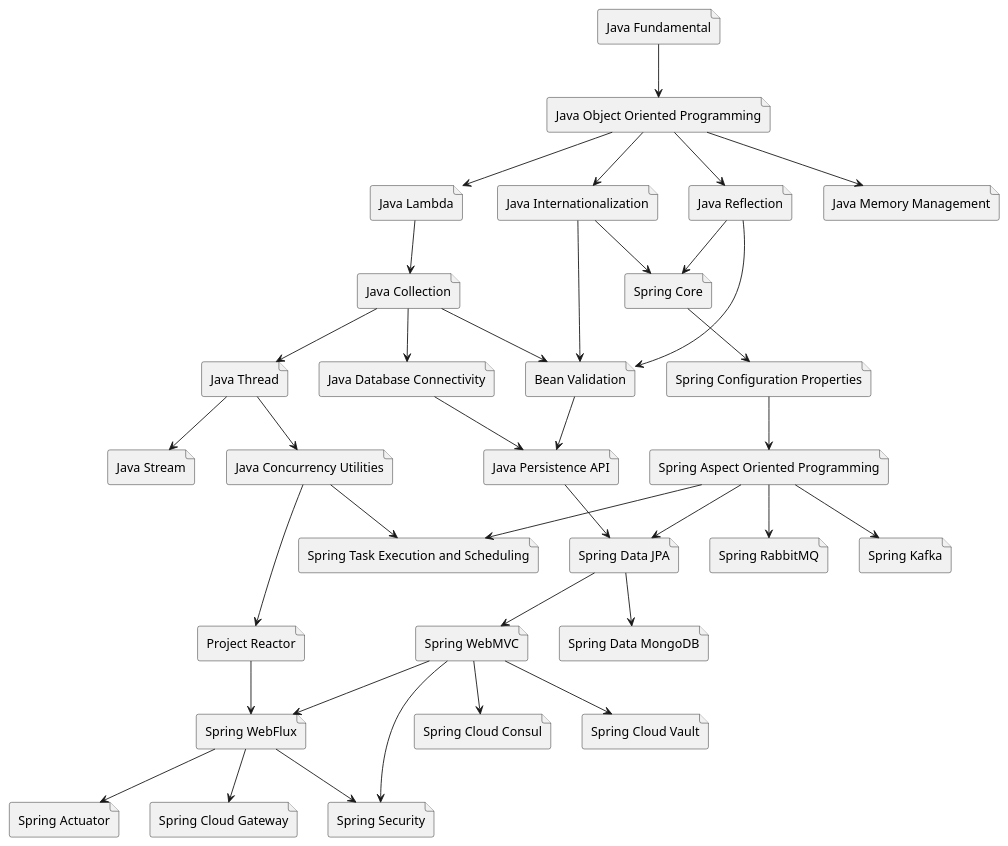
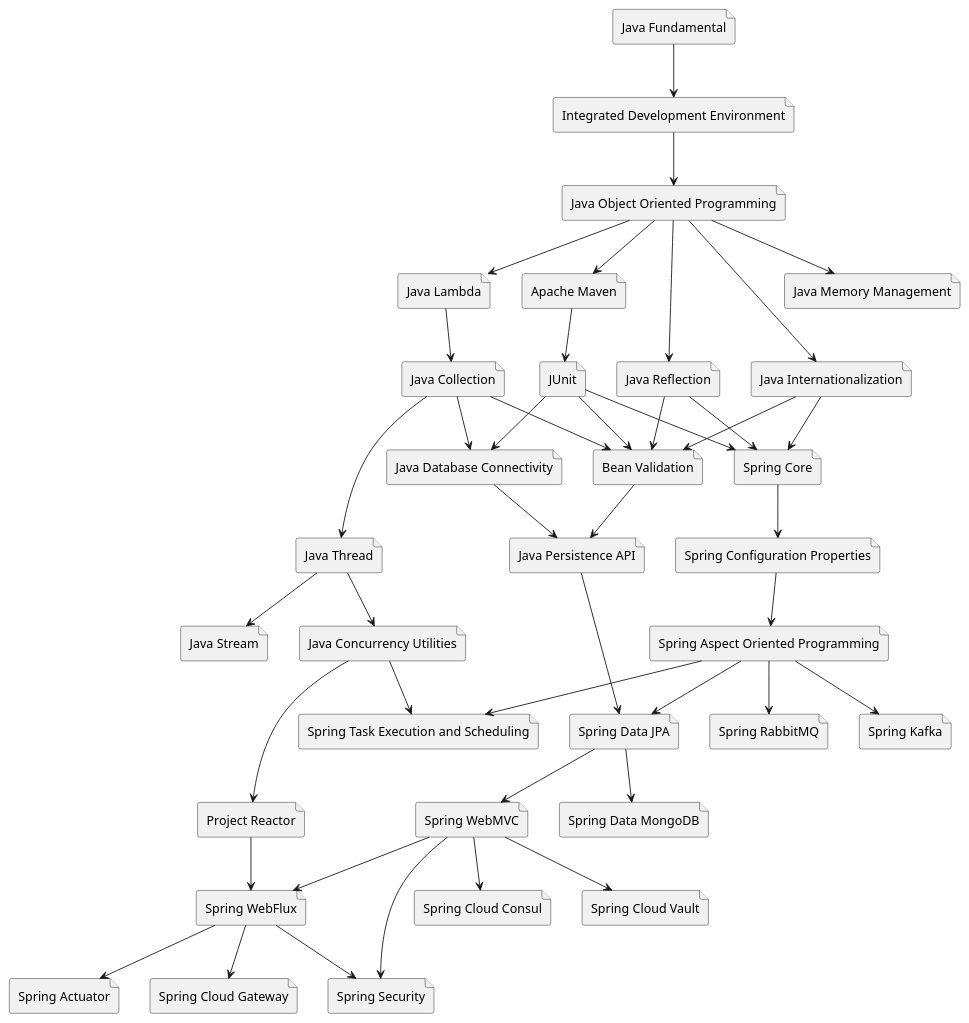
One commit to khannedy/buku-java changed the diagram in diagram/java-learning-path.puml. Above: the diagram before and after it, drawn with PlantUML. The commit also changed 3 other files, not shown here.

```diff
--- a/diagram/java-learning-path.puml
+++ b/diagram/java-learning-path.puml
@@ -1,73 +1,82 @@
 @startuml
 
 file "Java Fundamental" as basic
 file "Java Object Oriented Programming" as oop
 file "Java Lambda" as lambda
 file "Java Collection" as collection
 file "Java Stream" as stream 
 file "Java Reflection" as reflection
 file "Java Database Connectivity" as jdbc
 file "Java Internationalization" as i18n
 file "Java Thread" as thread
 file "Java Concurrency Utilities" as concurrency
 file "Java Memory Management" as memory 
 
 file "Bean Validation" as beanvalidation
 file "Java Persistence API" as jpa
 
 file "Spring Core" as springcore
 file "Spring Aspect Oriented Programming" as springaop
 file "Spring Data JPA" as springdatajpa
 file "Spring Data MongoDB" as springdatamongodb
 file "Spring WebMVC" as springwebmvc
 file "Spring WebFlux" as springwebflux
 file "Spring Kafka" as springkafka
 file "Spring Cloud Gateway" as springcloudgateway
 file "Spring Cloud Consul" as springconsul
 file "Spring Cloud Vault" as springvault
 file "Spring Security" as springsecurity
 file "Spring Task Execution and Scheduling" as springtask
 file "Spring RabbitMQ" as springrabbitmq
 file "Spring Configuration Properties" as springconfig
 file "Spring Actuator" as springactuator
 
 file "Project Reactor" as reactor 
+file "JUnit" as junit 
+file "Apache Maven" as maven 
+file "Integrated Development Environment" as ide 
 
-basic --> oop
+basic --> ide 
+ide --> oop 
 oop --> reflection
 oop --> lambda
+oop --> maven
+maven --> junit
+junit --> springcore
+junit --> jdbc
+junit --> beanvalidation
 reflection --> beanvalidation
 reflection --> springcore 
 collection --> thread 
 oop --> i18n 
 i18n --> beanvalidation
 i18n --> springcore
 collection --> beanvalidation 
 collection --> jdbc 
 lambda --> collection
 thread --> concurrency
 thread --> stream
 jdbc --> jpa 
 beanvalidation --> jpa 
 springaop --> springdatajpa
 jpa --> springdatajpa
 concurrency --> reactor
 reactor --> springwebflux
 springwebmvc --> springwebflux
 springaop --> springtask
 concurrency --> springtask
 springdatajpa --> springdatamongodb
 springaop --> springkafka
 springaop --> springrabbitmq
 springwebflux --> springcloudgateway
 springwebflux --> springsecurity
 springwebmvc --> springsecurity
 springwebmvc --> springconsul
 springwebmvc --> springvault
 oop --> memory 
 springcore --> springconfig
 springconfig --> springaop
 springdatajpa --> springwebmvc
 springwebflux --> springactuator
 
 @enduml
```
